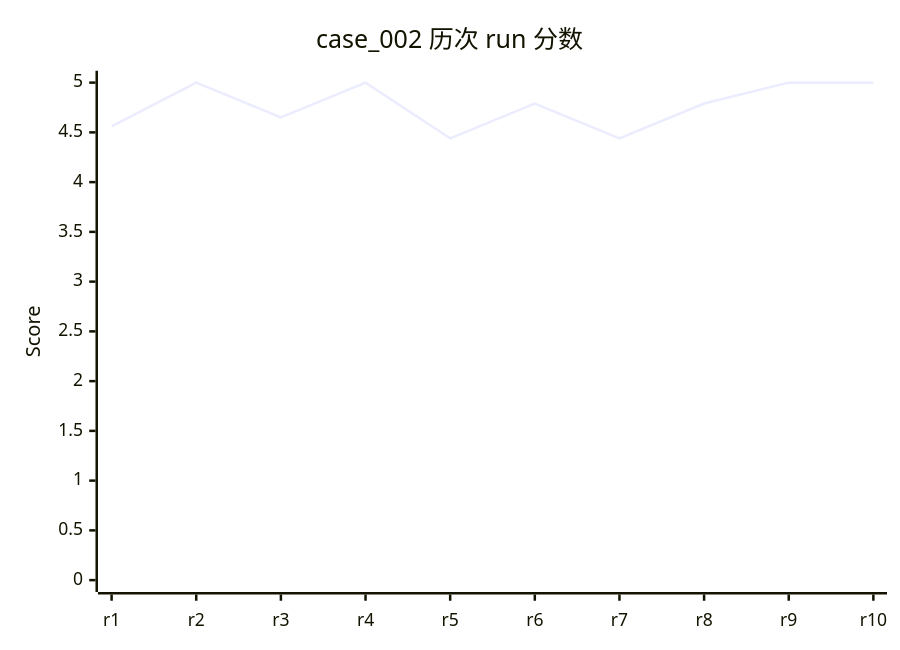
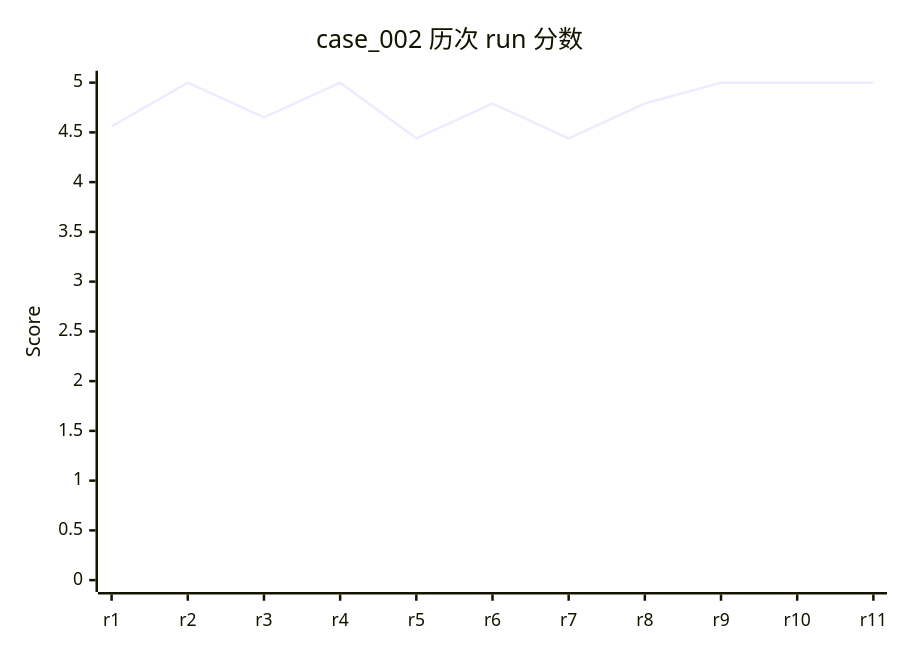
One commit to rushengzhou/sid-code changed the ninth of 58 diagrams in evals/DASHBOARD.md. Above: the diagram before and after it, drawn with Mermaid. The commit also changed other lines of this file and 53 other files, not shown here.

````diff
--- a/evals/DASHBOARD.md
+++ b/evals/DASHBOARD.md
@@ -262,7 +263,7 @@
 ```mermaid
 xychart-beta
     title "case_002 历次 run 分数"
-    x-axis [r1, r2, r3, r4, r5, r6, r7, r8, r9, r10]
+    x-axis [r1, r2, r3, r4, r5, r6, r7, r8, r9, r10, r11]
     y-axis "Score" 0 --> 5
-    line [4.56, 5.00, 4.65, 5.00, 4.44, 4.79, 4.44, 4.79, 5.00, 5.00]
+    line [4.56, 5.00, 4.65, 5.00, 4.44, 4.79, 4.44, 4.79, 5.00, 5.00, 5.00]
 ```
````
